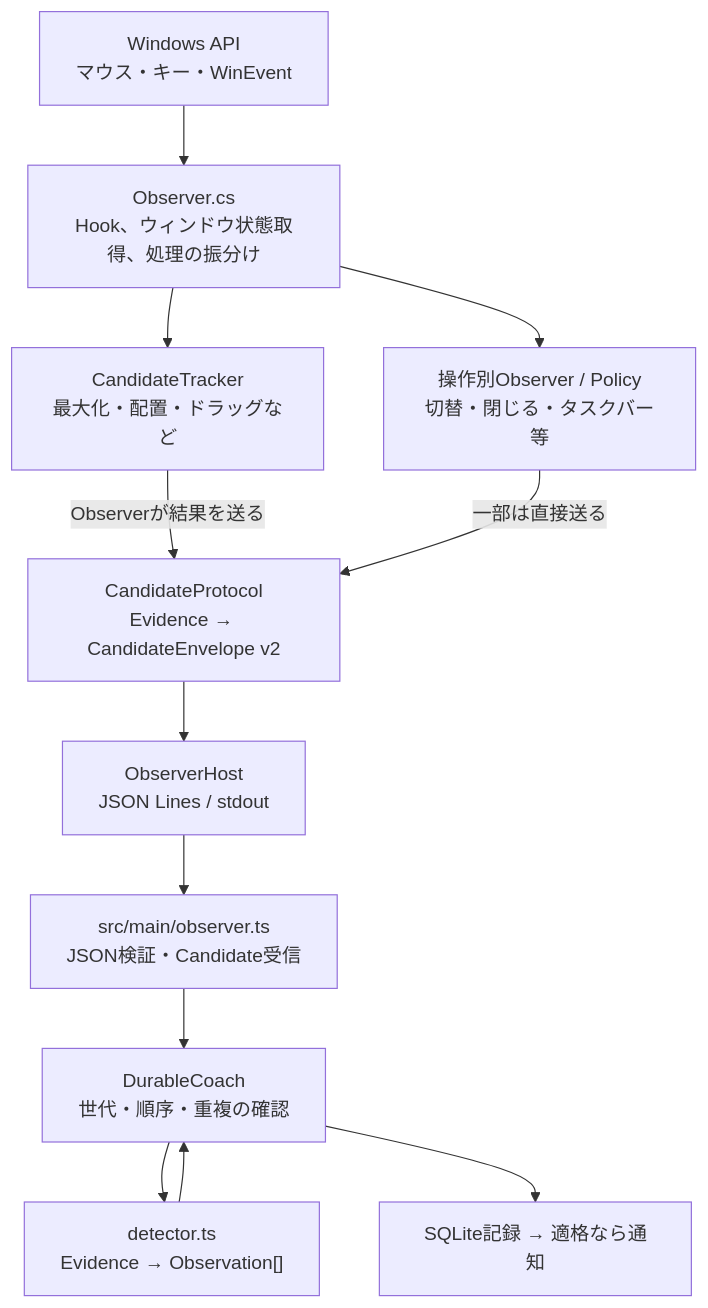
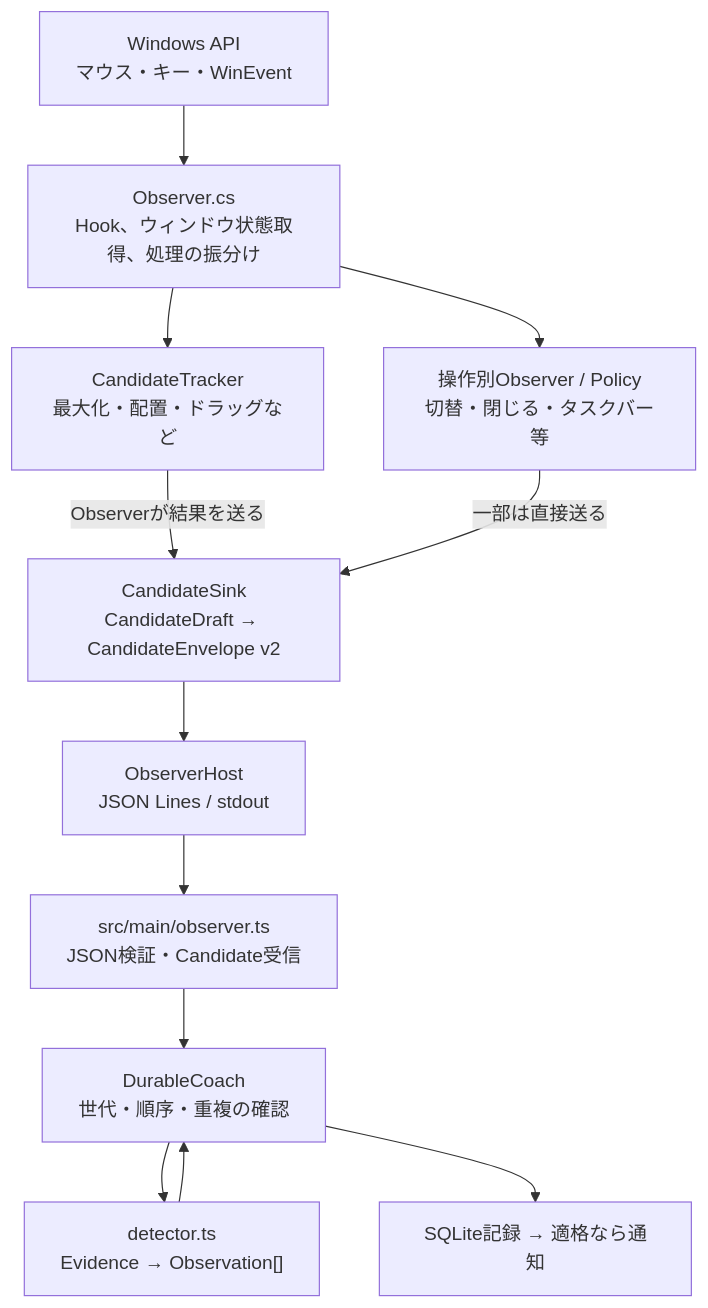
One commit to YutoMatsui21/shortcut-expert changed the diagram in docs/research/detection-architecture/current.md. Above: the diagram before and after it, drawn with Mermaid. The commit also changed other lines of this file and 16 other files, not shown here.

Commit message:
refactor: unify native candidate emission through a shared sink (#189)

````diff
--- a/docs/research/detection-architecture/current.md
+++ b/docs/research/detection-architecture/current.md
@@ -7,19 +7,19 @@
 ```mermaid
 flowchart TD
     OS["Windows API<br/>マウス・キー・WinEvent"]
     OBS["Observer.cs<br/>Hook、ウィンドウ状態取得、処理の振分け"]
     TRACK["CandidateTracker<br/>最大化・配置・ドラッグなど"]
     OTHER["操作別Observer / Policy<br/>切替・閉じる・タスクバー等"]
-    PROTO["CandidateProtocol<br/>Evidence → CandidateEnvelope v2"]
+    PROTO["CandidateSink<br/>CandidateDraft → CandidateEnvelope v2"]
     HOST["ObserverHost<br/>JSON Lines / stdout"]
     MAIN["src/main/observer.ts<br/>JSON検証・Candidate受信"]
     COACH["DurableCoach<br/>世代・順序・重複の確認"]
     DET["detector.ts<br/>Evidence → Observation[]"]
     SAVE["SQLite記録 → 適格なら通知"]
     OS --> OBS
     OBS --> TRACK
     OBS --> OTHER
     TRACK -->|"Observerが結果を送る"| PROTO
     OTHER -->|"一部は直接送る"| PROTO
     PROTO --> HOST --> MAIN --> COACH --> DET --> COACH --> SAVE
 ```
````
